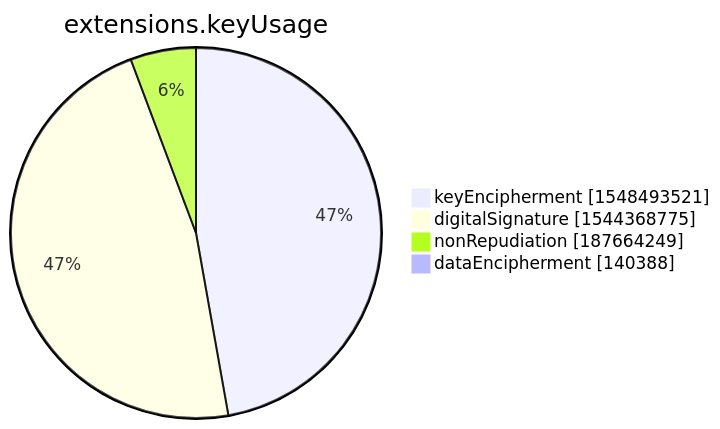
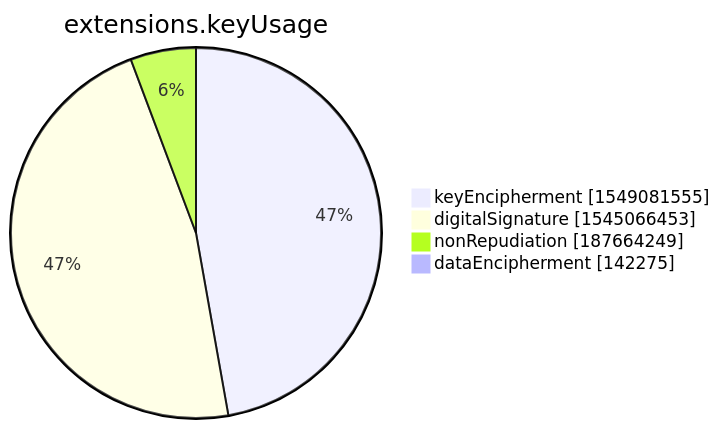
The seventh of 15 diagrams in xenon2022/README.md (christiankrug/ctmonitor_visualization), drawn with Mermaid before and after one commit. The commit also changed other lines of this file, not shown here.

````diff
--- a/xenon2022/README.md
+++ b/xenon2022/README.md
@@ -2851,8 +2851,8 @@
 ```mermaid
 pie showData
 title extensions.keyUsage
-"keyEncipherment" :1548493521
-"digitalSignature" :1544368775
+"keyEncipherment" :1549081555
+"digitalSignature" :1545066453
 "nonRepudiation" :187664249
-"dataEncipherment" :140388
+"dataEncipherment" :142275
 ```
````
